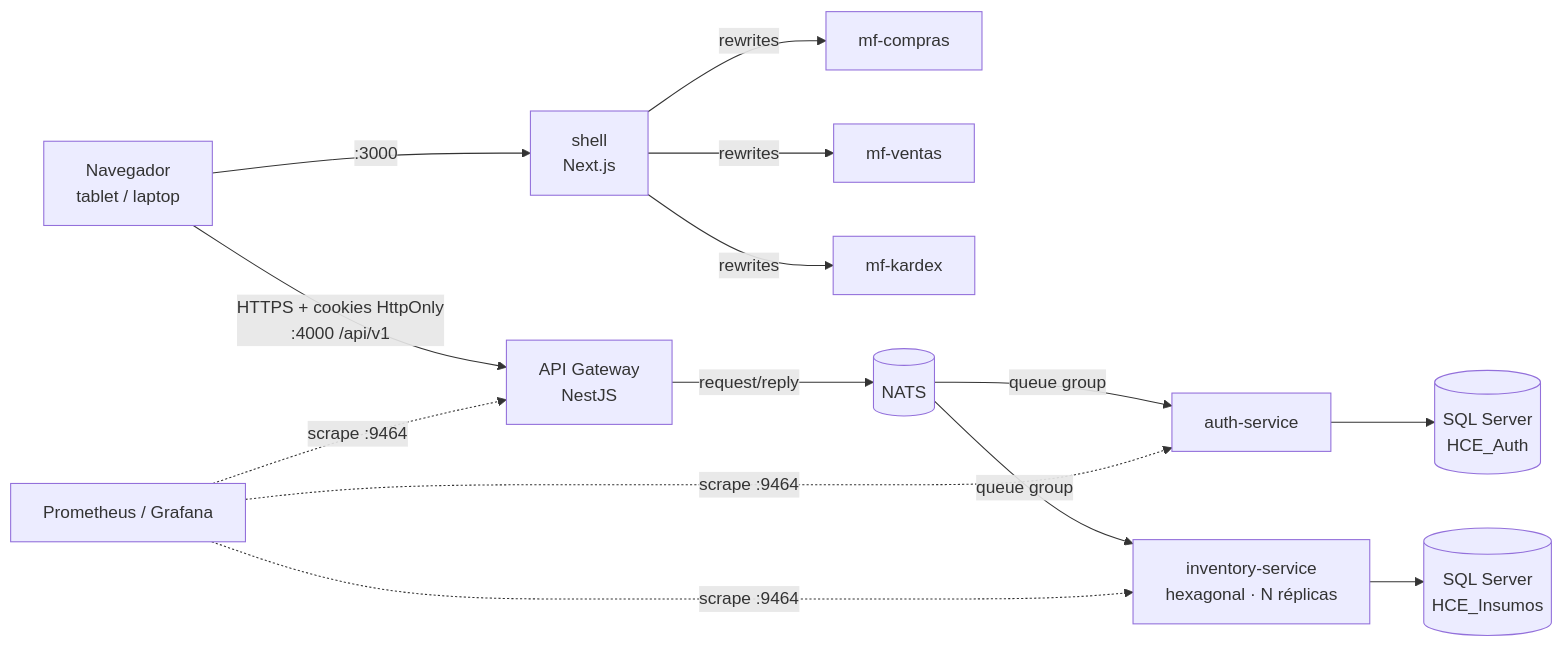
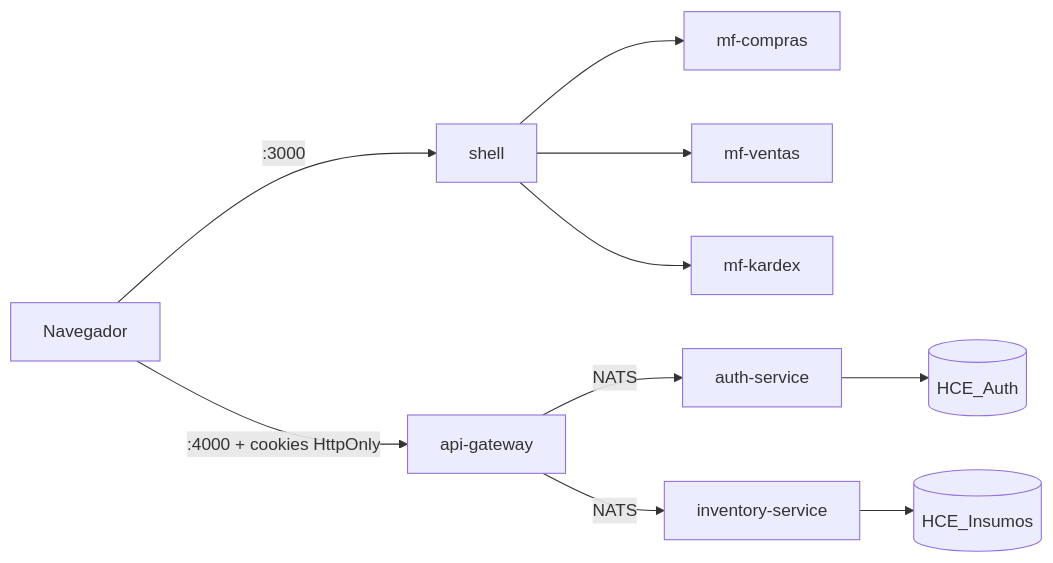
Before and after one commit to Hades0413/hce-insumos-platform: the diagram in README.md, drawn with Mermaid. The commit also changed other lines of this file and 419 other files, not shown here.

````diff
--- a/README.md
+++ b/README.md
@@ -94,12 +150,10 @@
 ```mermaid
 flowchart LR
-  U["Navegador<br/>tablet / laptop"] -->|":3000"| SH["shell<br/>Next.js"]
-  SH -->|rewrites| MC["mf-compras"] & MV["mf-ventas"] & MK["mf-kardex"]
-  U -->|"HTTPS + cookies HttpOnly<br/>:4000 /api/v1"| GW["API Gateway<br/>NestJS"]
-  GW -->|"request/reply"| N[("NATS")]
-  N -->|"queue group"| AS["auth-service"]
-  N -->|"queue group"| IS["inventory-service<br/>hexagonal · N réplicas"]
-  AS --> DBA[("SQL Server<br/>HCE_Auth")]
-  IS --> DBI[("SQL Server<br/>HCE_Insumos")]
-  P["Prometheus / Grafana"] -.->|scrape :9464| GW & AS & IS
+  U["Navegador"] -->|":3000"| SH["shell"]
+  SH --> MC["mf-compras"] & MV["mf-ventas"] & MK["mf-kardex"]
+  U -->|":4000 + cookies HttpOnly"| GW["api-gateway"]
+  GW -->|NATS| AS["auth-service"]
+  GW -->|NATS| IS["inventory-service"]
+  AS --> DBA[("HCE_Auth")]
+  IS --> DBI[("HCE_Insumos")]
 ```
````
